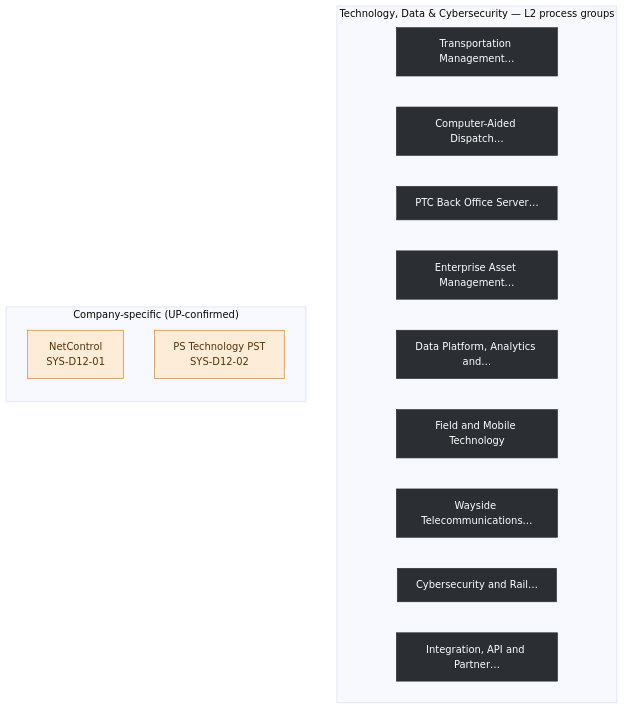
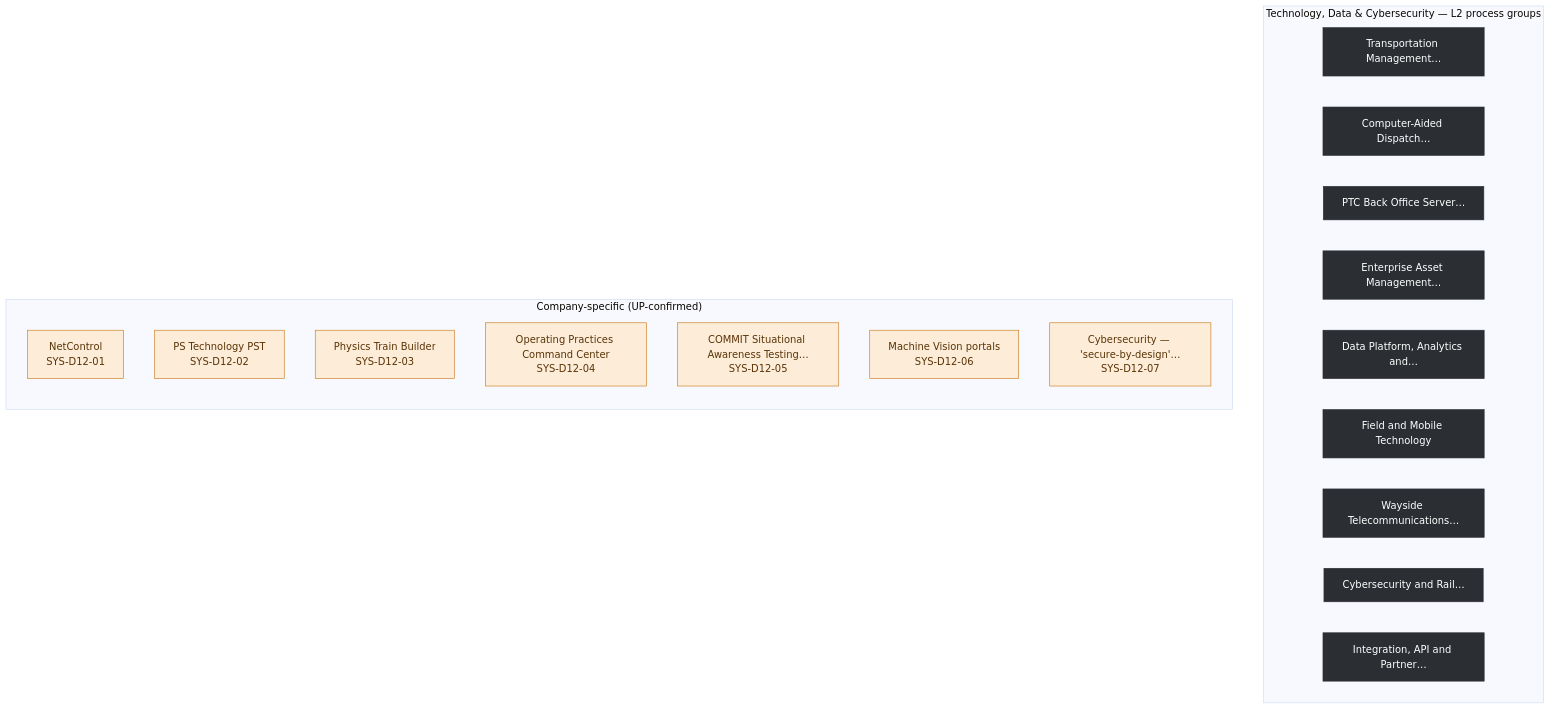
Before and after one commit to ghatk047/rail-wiki: the diagram in ea-diagrams/rr-12-technology-data-cybersecurity.mmd, drawn with Mermaid. The commit also changed 16 other files, not shown here.

```diff
--- a/ea-diagrams/rr-12-technology-data-cybersecurity.mmd
+++ b/ea-diagrams/rr-12-technology-data-cybersecurity.mmd
@@ -1,29 +1,34 @@
 %%{init: {'flowchart': {'curve': 'basis'}, 'theme':'base'}}%%
 flowchart TB
 
   subgraph PROCS["Technology, Data & Cybersecurity — L2 process groups"]
     direction LR
     G1["Transportation Management…"]:::l2
     G2["Computer-Aided Dispatch…"]:::l2
     G3["PTC Back Office Server…"]:::l2
     G4["Enterprise Asset Management…"]:::l2
     G5["Data Platform, Analytics and…"]:::l2
     G6["Field and Mobile Technology"]:::l2
     G7["Wayside Telecommunications…"]:::l2
     G8["Cybersecurity and Rail…"]:::l2
     G9["Integration, API and Partner…"]:::l2
   end
 
   subgraph COMPANY["Company-specific (UP-confirmed)"]
     direction TB
     C1["NetControl\nSYS-D12-01"]:::company
     C2["PS Technology PST\nSYS-D12-02"]:::company
+    C3["Physics Train Builder\nSYS-D12-03"]:::company
+    C4["Operating Practices Command Center\nSYS-D12-04"]:::company
+    C5["COMMIT Situational Awareness Testing…\nSYS-D12-05"]:::company
+    C6["Machine Vision portals\nSYS-D12-06"]:::company
+    C7["Cybersecurity — 'secure-by-design'…\nSYS-D12-07"]:::company
   end
 
   %% No generated process yet cites a system in this domain -- no usage edges to draw
 
 classDef l2 fill:#2b2e33,color:#fff,stroke:#2b2e33
 classDef company fill:#fdecd8,stroke:#c8791a,color:#5a3407
 classDef industry fill:#e6e9ec,stroke:#5c5f66,color:#2b2e33
 classDef other fill:#f2f2f0,stroke:#9a9da3,color:#3d4348
 classDef empty fill:#fff4e5,stroke:#c8791a,color:#5a3407,stroke-dasharray: 4 3
```
